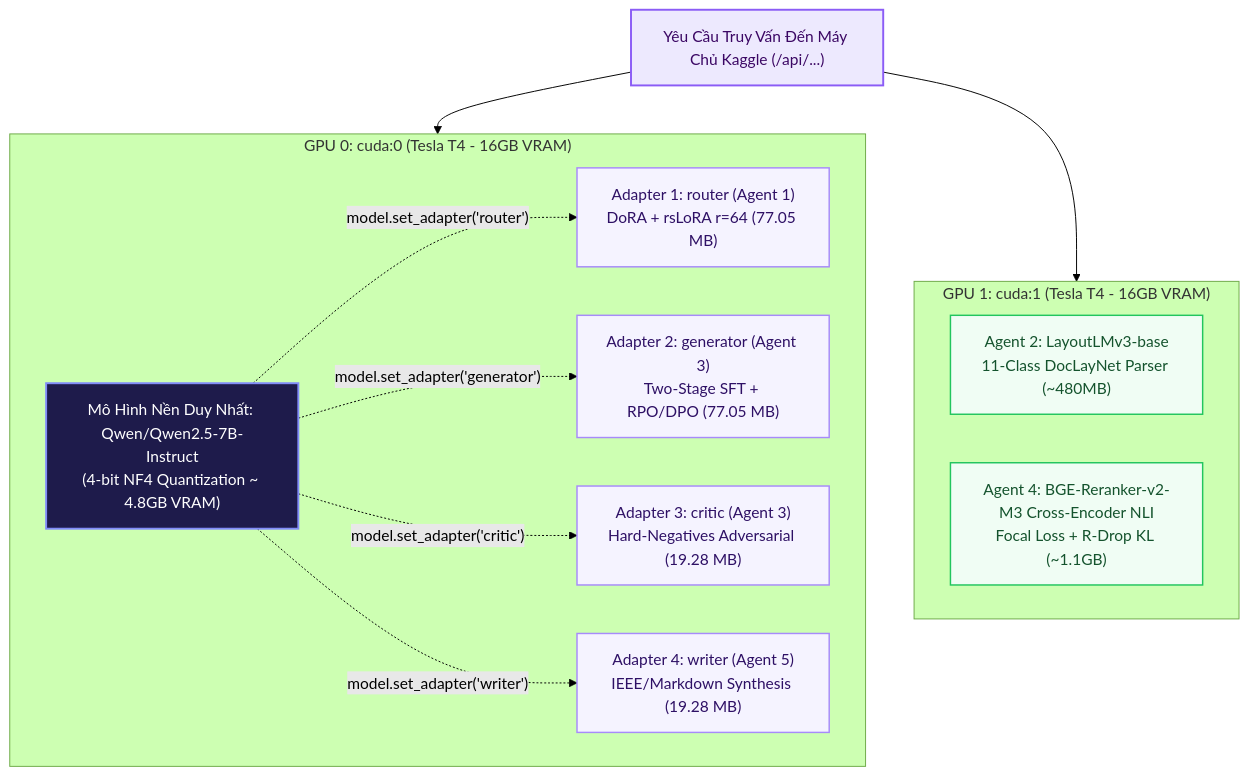
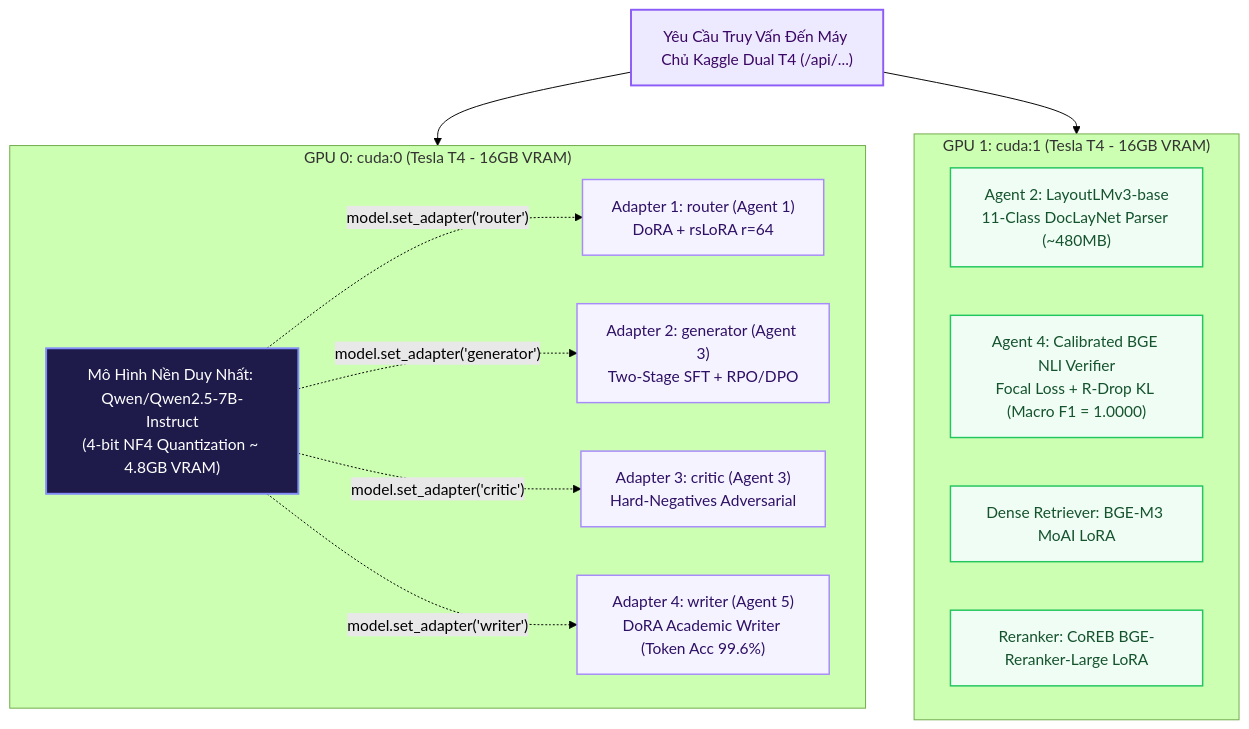
The diagram in reports/execution_modes/04_kaggle_fn_multilora.md (ducmanh-jr/Multi-Agent_RAG), drawn with Mermaid (forest theme) before and after one commit. The commit also changed other lines of this file and 19 other files, not shown here.

Commit message:
docs: standardize technical monographs and architecture documentation across 7 execution modes

````diff
--- a/reports/execution_modes/04_kaggle_fn_multilora.md
+++ b/reports/execution_modes/04_kaggle_fn_multilora.md
@@ -14,35 +14,37 @@
 ```mermaid
 flowchart TD
-    REQ["Yêu Cầu Truy Vấn Đến Máy Chủ Kaggle (/api/...)"]
+    REQ["Yêu Cầu Truy Vấn Đến Máy Chủ Kaggle Dual T4 (/api/...)"]
 
     subgraph GPU0 ["GPU 0: cuda:0 (Tesla T4 - 16GB VRAM)"]
         BASE["Mô Hình Nền Duy Nhất: Qwen/Qwen2.5-7B-Instruct<br/>(4-bit NF4 Quantization ~ 4.8GB VRAM)"]
-        L1["Adapter 1: router (Agent 1)<br/>DoRA + rsLoRA r=64 (77.05 MB)"]
-        L2["Adapter 2: generator (Agent 3)<br/>Two-Stage SFT + RPO/DPO (77.05 MB)"]
-        L3["Adapter 3: critic (Agent 3)<br/>Hard-Negatives Adversarial (19.28 MB)"]
-        L4["Adapter 4: writer (Agent 5)<br/>IEEE/Markdown Synthesis (19.28 MB)"]
+        L1["Adapter 1: router (Agent 1)<br/>DoRA + rsLoRA r=64"]
+        L2["Adapter 2: generator (Agent 3)<br/>Two-Stage SFT + RPO/DPO"]
+        L3["Adapter 3: critic (Agent 3)<br/>Hard-Negatives Adversarial"]
+        L4["Adapter 4: writer (Agent 5)<br/>DoRA Academic Writer (Token Acc 99.6%)"]
         
         BASE -. "model.set_adapter('router')" .-> L1
         BASE -. "model.set_adapter('generator')" .-> L2
         BASE -. "model.set_adapter('critic')" .-> L3
         BASE -. "model.set_adapter('writer')" .-> L4
     end
 
     subgraph GPU1 ["GPU 1: cuda:1 (Tesla T4 - 16GB VRAM)"]
         M2["Agent 2: LayoutLMv3-base<br/>11-Class DocLayNet Parser (~480MB)"]
-        M4["Agent 4: BGE-Reranker-v2-M3 Cross-Encoder NLI<br/>Focal Loss + R-Drop KL (~1.1GB)"]
+        M4["Agent 4: Calibrated BGE NLI Verifier<br/>Focal Loss + R-Drop KL (Macro F1 = 1.0000)"]
+        M6["Dense Retriever: BGE-M3 MoAI LoRA"]
+        M7["Reranker: CoREB BGE-Reranker-Large LoRA"]
     end
 
     REQ --> GPU0
     REQ --> GPU1
 
     classDef purple fill:#f5f3ff,stroke:#a78bfa,stroke-width:1.5px,color:#2e1065;
     classDef base fill:#1e1b4b,stroke:#818cf8,stroke-width:2px,color:#ffffff;
     classDef green fill:#f0fdf4,stroke:#22c55e,stroke-width:1.5px,color:#14532d;
     classDef input fill:#ede9fe,stroke:#8b5cf6,stroke-width:2px,color:#3b0764;
 
     class REQ input;
     class BASE base;
     class L1,L2,L3,L4 purple;
-    class M2,M4 green;
+    class M2,M4,M6,M7 green;
 ```
````
